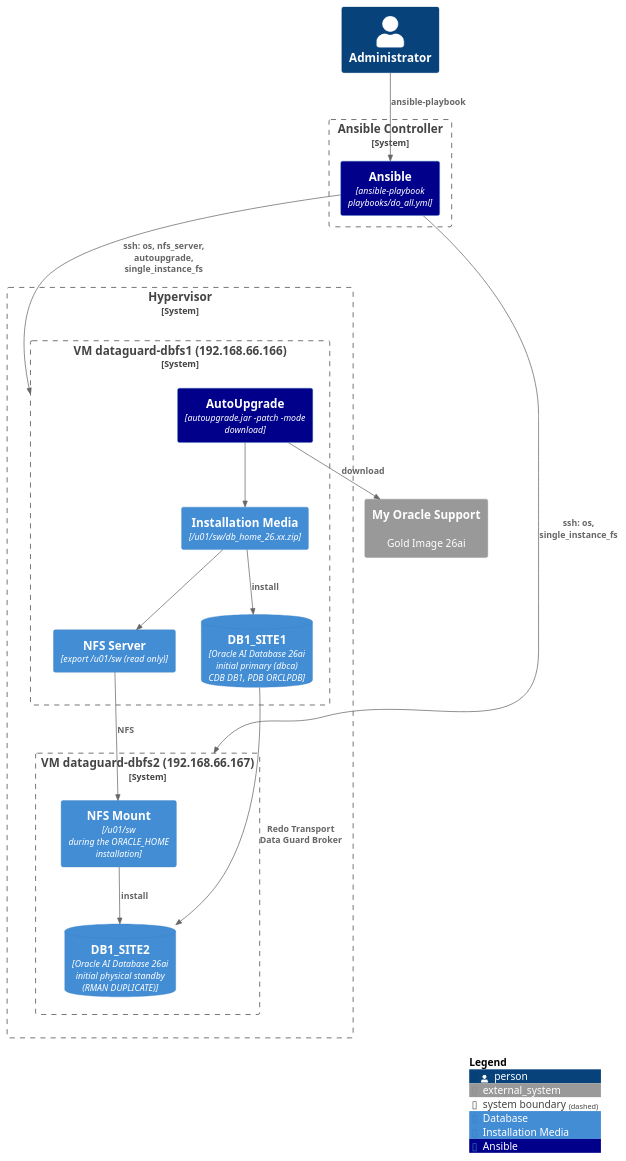
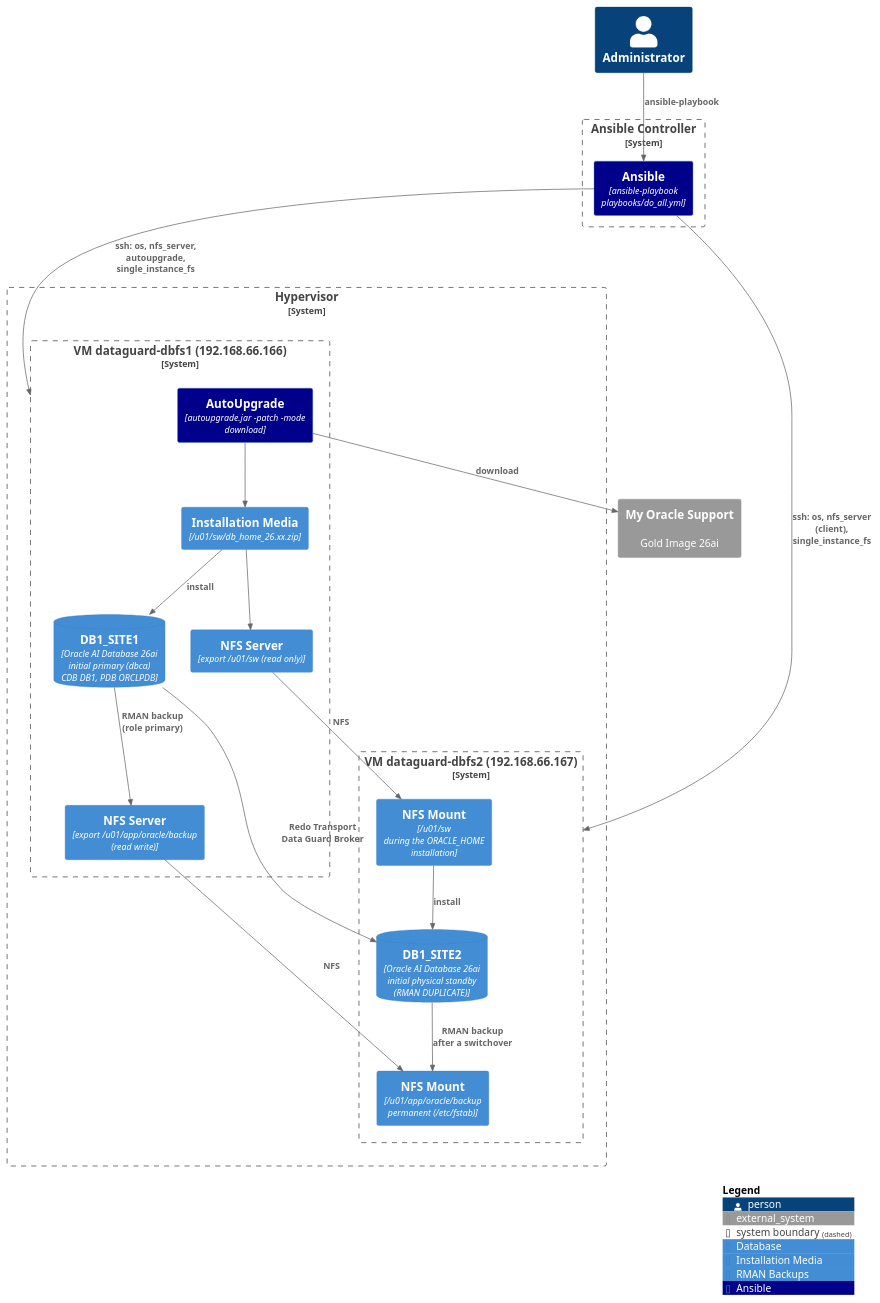
One commit to oravirt/ansible-oracle changed the diagram in doc/guides/dataguard.puml. Above: the diagram before and after it, drawn with PlantUML. The commit also changed 6 other files, not shown here.

First line of the commit message:
example: Data Guard with RMAN backups to NFS

```diff
--- a/doc/guides/dataguard.puml
+++ b/doc/guides/dataguard.puml
@@ -1,42 +1,48 @@
 @startuml
 !include <C4/C4_Component>
 
 LAYOUT_TOP_DOWN()
 
 AddContainerTag("oradb", $legendText="Database")
 AddContainerTag("media", $legendText="Installation Media")
+AddContainerTag("backup", $legendText="RMAN Backups")
 AddContainerTag("ansible", $bgColor="DarkBlue", $legendText="Ansible")
 
 Person(admin, "Administrator")
 System_Ext(mos, "My Oracle Support", "Gold Image 26ai")
 
 System_Boundary(host, "Ansible Controller", "Ubuntu on WSL2 (Windows)") {
   Container(ansible, "Ansible", "ansible-playbook playbooks/do_all.yml", $tags="ansible")
 }
 
 System_Boundary(vmhost, "Hypervisor", "e.g. Hyper-V") {
   System_Boundary(dbfs1, "VM dataguard-dbfs1 (192.168.66.166)") {
     Container(autoupgrade, "AutoUpgrade", "autoupgrade.jar -patch -mode download", $tags="ansible")
     Container(nfs, "NFS Server", "export /u01/sw (read only)", $tags="media")
     Container(instmedia, "Installation Media", "/u01/sw/db_home_26.xx.zip", $tags="media")
+    Container(nfsbackup, "NFS Server", "export /u01/app/oracle/backup (read write)", $tags="backup")
     ContainerDb(primary, "DB1_SITE1", "Oracle AI Database 26ai\ninitial primary (dbca)\nCDB DB1, PDB ORCLPDB", $tags="oradb")
   }
   System_Boundary(dbfs2, "VM dataguard-dbfs2 (192.168.66.167)") {
     Container(nfsmount, "NFS Mount", "/u01/sw\nduring the ORACLE_HOME installation", $tags="media")
+    Container(backupmount, "NFS Mount", "/u01/app/oracle/backup\npermanent (/etc/fstab)", $tags="backup")
     ContainerDb(standby, "DB1_SITE2", "Oracle AI Database 26ai\ninitial physical standby\n(RMAN DUPLICATE)", $tags="oradb")
   }
 }
 
 Rel_Down(admin, ansible, "ansible-playbook")
 Rel_Down(ansible, dbfs1, "ssh: os, nfs_server, autoupgrade, single_instance_fs")
-Rel_Down(ansible, dbfs2, "ssh: os, single_instance_fs")
+Rel_Down(ansible, dbfs2, "ssh: os, nfs_server (client), single_instance_fs")
 Rel(autoupgrade, mos, "download")
 Rel(autoupgrade, instmedia, "")
 Rel(instmedia, nfs, "")
 Rel(nfs, nfsmount, "NFS")
 Rel(instmedia, primary, "install")
 Rel(nfsmount, standby, "install")
 Rel(primary, standby, "Redo Transport\nData Guard Broker")
+Rel(primary, nfsbackup, "RMAN backup\n(role primary)")
+Rel(nfsbackup, backupmount, "NFS")
+Rel(standby, backupmount, "RMAN backup\nafter a switchover")
 
 SHOW_LEGEND()
 @enduml
```
